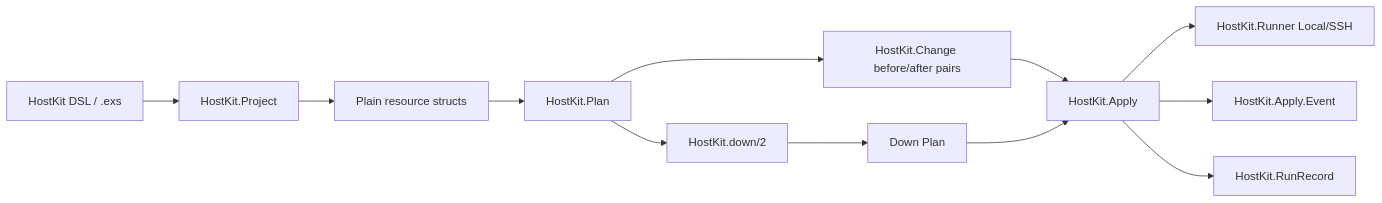
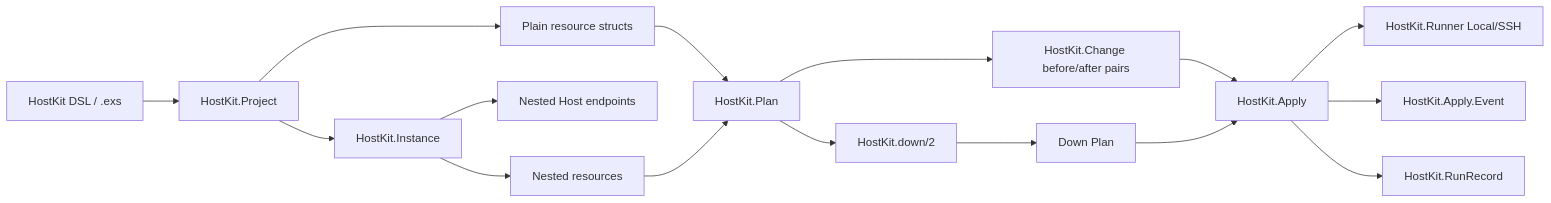
Before and after one commit to elixir-vibe/host_kit: the first of 7 diagrams in guides/reference/internal-architecture.md, drawn with Mermaid. The commit also changed other lines of this file and 7 other files, not shown here.

````diff
--- a/guides/reference/internal-architecture.md
+++ b/guides/reference/internal-architecture.md
@@ -7,15 +7,19 @@
 ```mermaid
 flowchart LR
   DSL[HostKit DSL / .exs] --> Project[HostKit.Project]
+  Project --> Instances[HostKit.Instance]
   Project --> Resources[Plain resource structs]
+  Instances --> NestedHosts[Nested Host endpoints]
+  Instances --> InstanceResources[Nested resources]
   Resources --> Plan[HostKit.Plan]
+  InstanceResources --> Plan
   Plan --> Changes[HostKit.Change before/after pairs]
   Changes --> Apply[HostKit.Apply]
   Apply --> Runner[HostKit.Runner Local/SSH]
   Apply --> Events[HostKit.Apply.Event]
   Apply --> RunRecord[HostKit.RunRecord]
 
   Plan --> Down[HostKit.down/2]
   Down --> DownPlan[Down Plan]
   DownPlan --> Apply
 ```
````
